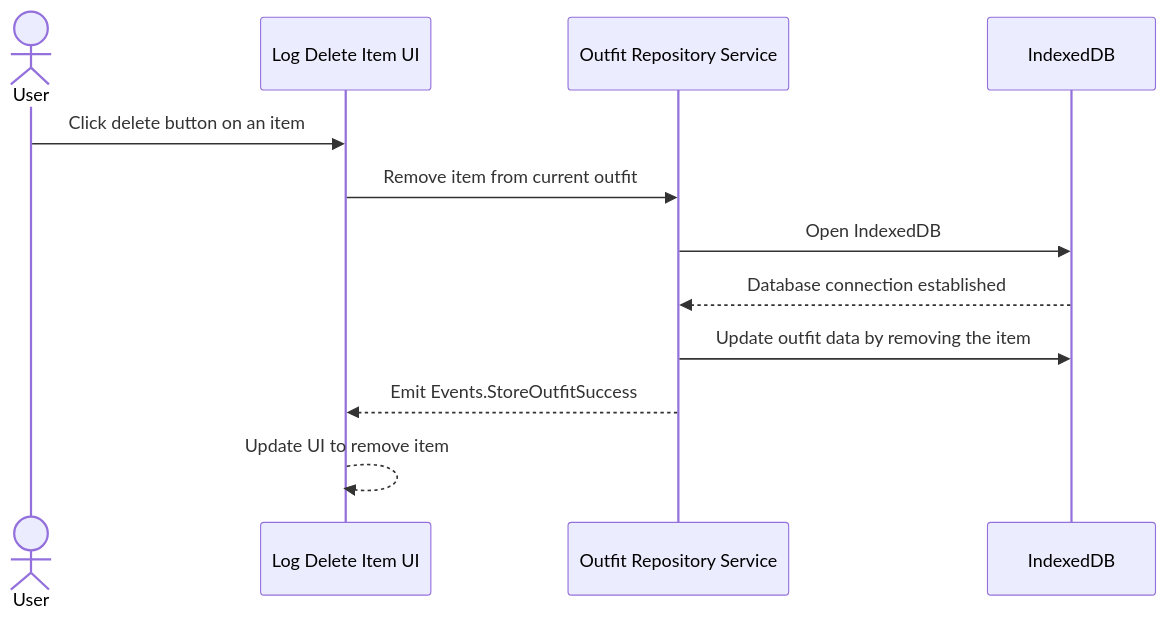
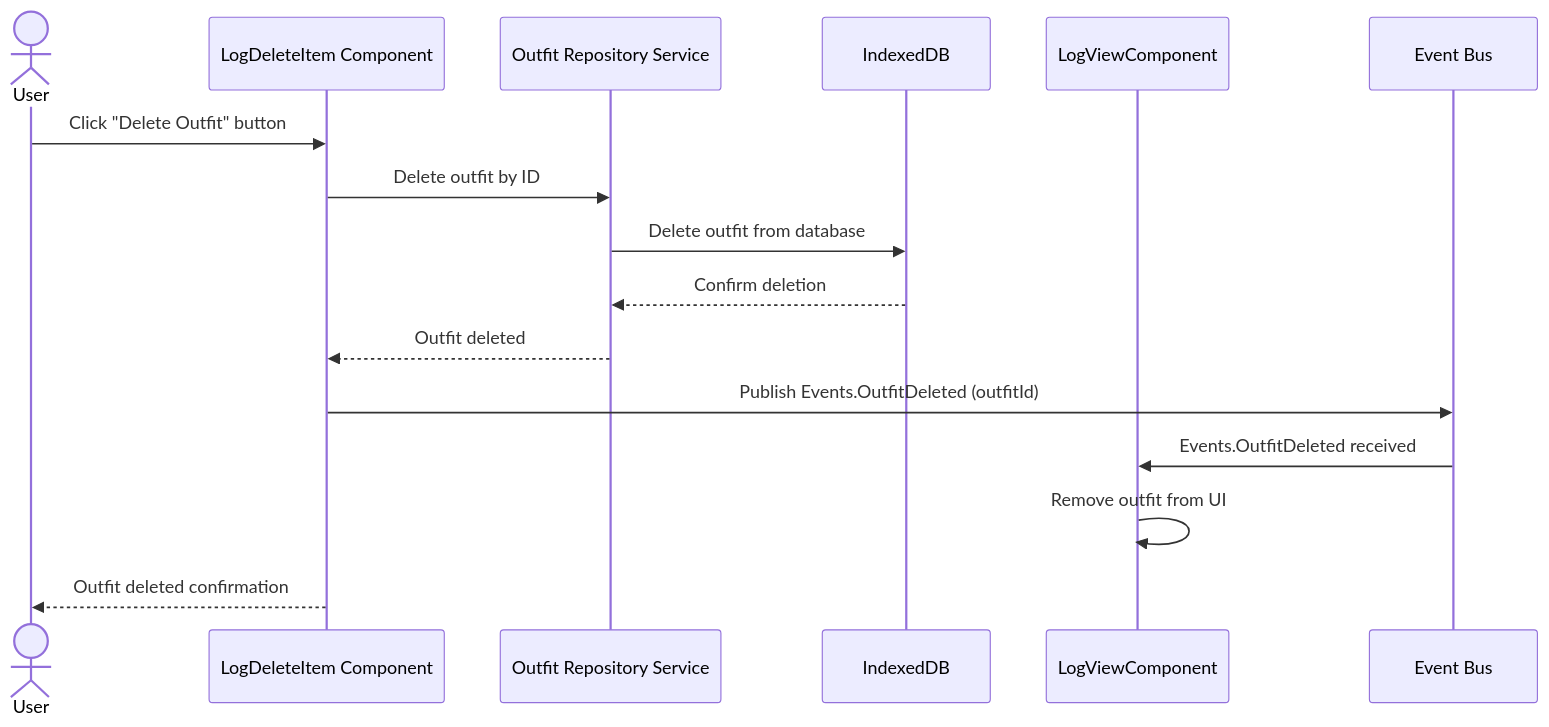
One commit to nhan0504/CS326 changed the second of 2 diagrams in team/m3/bruce_le/feature-sequence-diagram.md. Above: the diagram before and after it, drawn with Mermaid. The commit also changed other lines of this file and 2 other files, not shown here.

````diff
--- a/team/m3/bruce_le/feature-sequence-diagram.md
+++ b/team/m3/bruce_le/feature-sequence-diagram.md
@@ -38,15 +45,19 @@
 ```mermaid
 sequenceDiagram
     actor User as User
-    participant LogDeleteItemUI as Log Delete Item UI
+    participant LogDeleteItem as LogDeleteItem Component
     participant OutfitRepositoryService as Outfit Repository Service
     participant IndexedDB as IndexedDB
+    participant LogViewComponent as LogViewComponent
+    participant Events as Event Bus
 
-    User ->> LogDeleteItemUI: Click delete button on an item
-    LogDeleteItemUI ->> OutfitRepositoryService: Remove item from current outfit
-    OutfitRepositoryService ->> IndexedDB: Open IndexedDB
-    IndexedDB -->> OutfitRepositoryService: Database connection established
-    OutfitRepositoryService ->> IndexedDB: Update outfit data by removing the item
-    OutfitRepositoryService -->> LogDeleteItemUI: Emit Events.StoreOutfitSuccess
-    LogDeleteItemUI -->> LogDeleteItemUI: Update UI to remove item
+    User ->> LogDeleteItem: Click "Delete Outfit" button
+    LogDeleteItem ->> OutfitRepositoryService: Delete outfit by ID
+    OutfitRepositoryService ->> IndexedDB: Delete outfit from database
+    IndexedDB -->> OutfitRepositoryService: Confirm deletion
+    OutfitRepositoryService -->> LogDeleteItem: Outfit deleted
+    LogDeleteItem ->> Events: Publish Events.OutfitDeleted (outfitId)
+    Events ->> LogViewComponent: Events.OutfitDeleted received
+    LogViewComponent ->> LogViewComponent: Remove outfit from UI
+    LogDeleteItem -->> User: Outfit deleted confirmation
 ```
````
